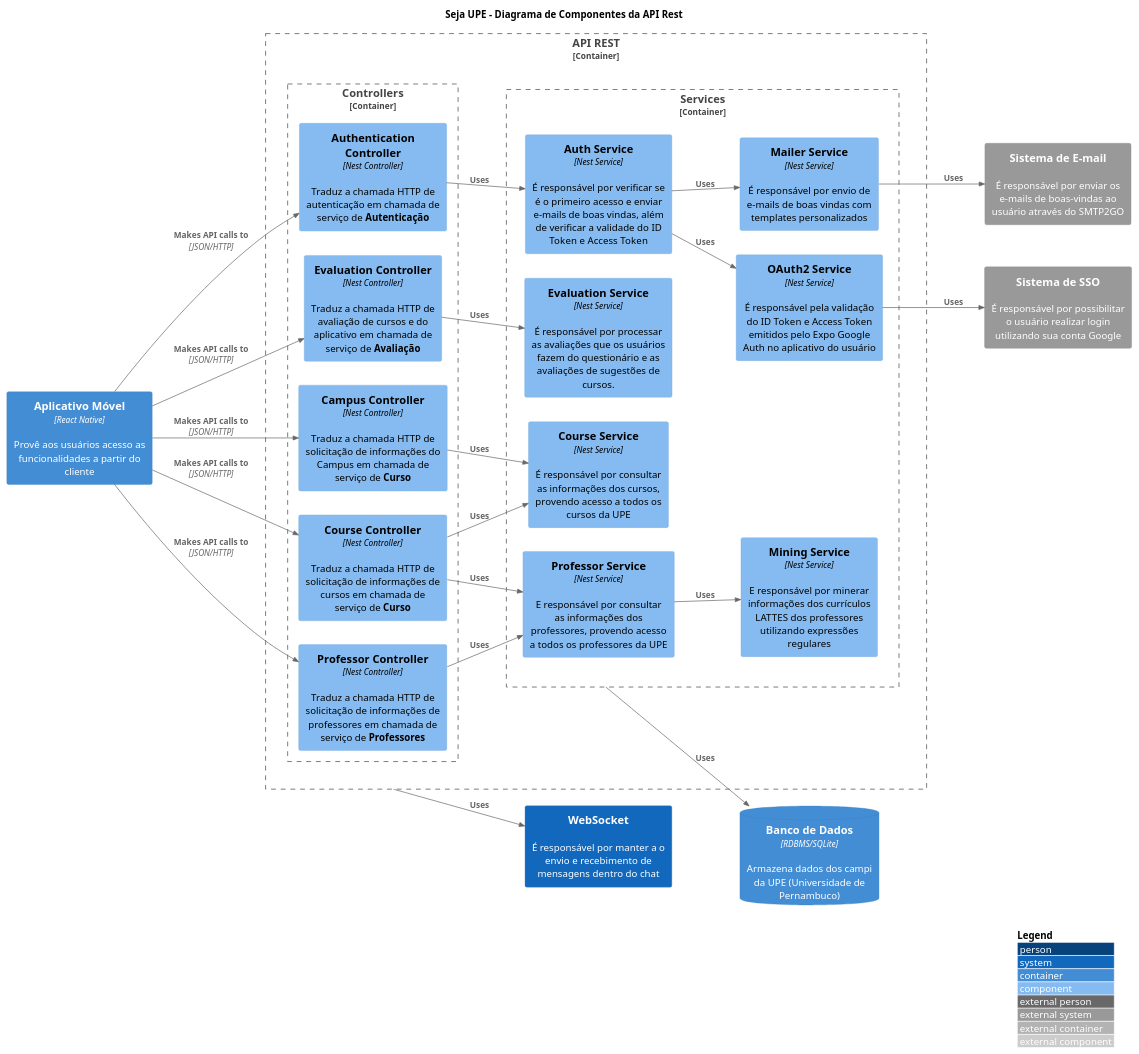
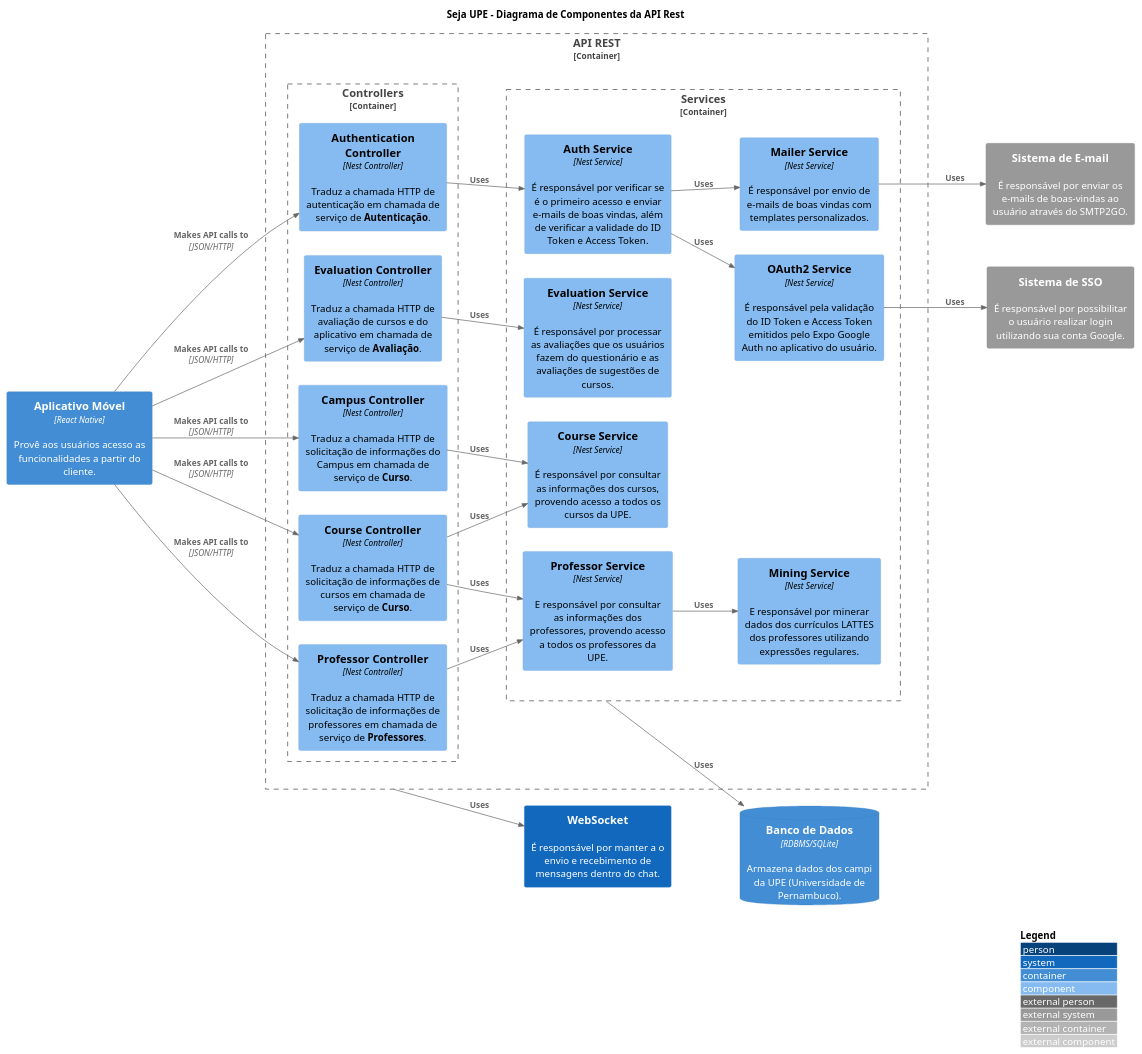
One commit to MurylloEx/Seja-UPE-Docs changed the diagram in src/C1. Visão Geral/C2. Sistema/C3. Endpoints RESTful (Server)/components.puml. Above: the diagram before and after it, drawn with PlantUML. The commit also changed 1 other file, not shown here.

```diff
--- a/src/C1. Visão Geral/C2. Sistema/C3. Endpoints RESTful (Server)/components.puml
+++ b/src/C1. Visão Geral/C2. Sistema/C3. Endpoints RESTful (Server)/components.puml
@@ -1,61 +1,61 @@
 @startuml "C3 Component Diagram"
 
 !include https://raw.githubusercontent.com/adrianvlupu/C4-PlantUML/latest/C4_Component.puml
 
 skinparam Style strictuml
 
 LAYOUT_LEFT_RIGHT()
 LAYOUT_WITH_LEGEND()
 
 title "Seja UPE - Diagrama de Componentes da API Rest"
 
-Container(MobileApp, "Aplicativo Móvel", "React Native", "Provê aos usuários acesso as funcionalidades a partir do cliente")
-ContainerDb(Database, "Banco de Dados", "RDBMS/SQLite", "Armazena dados dos campi da UPE (Universidade de Pernambuco)")
-System(SystemWebsocket, "WebSocket", "É responsável por manter a o envio e recebimento de mensagens dentro do chat")
-System_Ext(SystemEmail, "Sistema de E-mail", "É responsável por enviar os e-mails de boas-vindas ao usuário através do SMTP2GO")
-System_Ext(SystemOAuth2, "Sistema de SSO", "É responsável por possibilitar o usuário realizar login utilizando sua conta Google")
+Container(MobileApp, "Aplicativo Móvel", "React Native", "Provê aos usuários acesso as funcionalidades a partir do cliente.")
+ContainerDb(Database, "Banco de Dados", "RDBMS/SQLite", "Armazena dados dos campi da UPE (Universidade de Pernambuco).")
+System(SystemWebsocket, "WebSocket", "É responsável por manter a o envio e recebimento de mensagens dentro do chat.")
+System_Ext(SystemEmail, "Sistema de E-mail", "É responsável por enviar os e-mails de boas-vindas ao usuário através do SMTP2GO.")
+System_Ext(SystemOAuth2, "Sistema de SSO", "É responsável por possibilitar o usuário realizar login utilizando sua conta Google.")
 
 Container_Boundary(SystemApi, "API REST") {
 
   Container_Boundary(SystemControllers, "Controllers") {
-    Component(AuthController, "Authentication Controller", "Nest Controller", "Traduz a chamada HTTP de autenticação em chamada de serviço de <b>Autenticação</b>")
-    Component(CampusController, "Campus Controller", "Nest Controller", "Traduz a chamada HTTP de solicitação de informações do Campus em chamada de serviço de <b>Curso</b>")
-    Component(EvaluationController, "Evaluation Controller", "Nest Controller", "Traduz a chamada HTTP de avaliação de cursos e do aplicativo em chamada de serviço de <b>Avaliação</b>")
-    Component(CourseController, "Course Controller", "Nest Controller", "Traduz a chamada HTTP de solicitação de informações de cursos em chamada de serviço de <b>Curso</b>")
-    Component(ProfessorController, "Professor Controller", "Nest Controller", "Traduz a chamada HTTP de solicitação de informações de professores em chamada de serviço de <b>Professores</b>")
+    Component(AuthController, "Authentication Controller", "Nest Controller", "Traduz a chamada HTTP de autenticação em chamada de serviço de <b>Autenticação</b>.")
+    Component(CampusController, "Campus Controller", "Nest Controller", "Traduz a chamada HTTP de solicitação de informações do Campus em chamada de serviço de <b>Curso</b>.")
+    Component(EvaluationController, "Evaluation Controller", "Nest Controller", "Traduz a chamada HTTP de avaliação de cursos e do aplicativo em chamada de serviço de <b>Avaliação</b>.")
+    Component(CourseController, "Course Controller", "Nest Controller", "Traduz a chamada HTTP de solicitação de informações de cursos em chamada de serviço de <b>Curso</b>.")
+    Component(ProfessorController, "Professor Controller", "Nest Controller", "Traduz a chamada HTTP de solicitação de informações de professores em chamada de serviço de <b>Professores</b>.")
 
     Rel(MobileApp, AuthController, "Makes API calls to", "JSON/HTTP")
     Rel(MobileApp, CampusController, "Makes API calls to", "JSON/HTTP")
     Rel(MobileApp, EvaluationController, "Makes API calls to", "JSON/HTTP")
     Rel(MobileApp, CourseController, "Makes API calls to","JSON/HTTP")
     Rel(MobileApp, ProfessorController, "Makes API calls to","JSON/HTTP")
   }
 
   Container_Boundary(SystemServices, "Services") {
-    Component(AuthService, "Auth Service", "Nest Service", "É responsável por verificar se é o primeiro acesso e enviar e-mails de boas vindas, além de verificar a validade do ID Token e Access Token")
-    Component(MailerService, "Mailer Service", "Nest Service", "É responsável por envio de e-mails de boas vindas com templates personalizados")
-    Component(OAuth2Service, "OAuth2 Service", "Nest Service", "É responsável pela validação do ID Token e Access Token emitidos pelo Expo Google Auth no aplicativo do usuário")
+    Component(AuthService, "Auth Service", "Nest Service", "É responsável por verificar se é o primeiro acesso e enviar e-mails de boas vindas, além de verificar a validade do ID Token e Access Token.")
+    Component(MailerService, "Mailer Service", "Nest Service", "É responsável por envio de e-mails de boas vindas com templates personalizados.")
+    Component(OAuth2Service, "OAuth2 Service", "Nest Service", "É responsável pela validação do ID Token e Access Token emitidos pelo Expo Google Auth no aplicativo do usuário.")
     Component(EvaluationService, "Evaluation Service", "Nest Service", "É responsável por processar as avaliações que os usuários fazem do questionário e as avaliações de sugestões de cursos.")
-    Component(CourseService, "Course Service", "Nest Service", "É responsável por consultar as informações dos cursos, provendo acesso a todos os cursos da UPE")
-    Component(ProfessorService, "Professor Service", "Nest Service", "E responsável por consultar as informações dos professores, provendo acesso a todos os professores da UPE")
-    Component(MiningService, "Mining Service", "Nest Service", "E responsável por minerar informações dos currículos LATTES dos professores utilizando expressões regulares")
+    Component(CourseService, "Course Service", "Nest Service", "É responsável por consultar as informações dos cursos, provendo acesso a todos os cursos da UPE.")
+    Component(ProfessorService, "Professor Service", "Nest Service", "E responsável por consultar as informações dos professores, provendo acesso a todos os professores da UPE.")
+    Component(MiningService, "Mining Service", "Nest Service", "E responsável por minerar dados dos currículos LATTES dos professores utilizando expressões regulares.")
     
     Rel(AuthController, AuthService, "Uses")
     Rel(CampusController, CourseService, "Uses" )
     Rel(EvaluationController, EvaluationService, "Uses")
     Rel(CourseController, CourseService, "Uses")
     Rel(CourseController, ProfessorService, "Uses")
     Rel(ProfessorController, ProfessorService, "Uses")
     Rel(AuthService, MailerService, "Uses")
     Rel(AuthService, OAuth2Service, "Uses")
     Rel(ProfessorService, MiningService, "Uses")
   }
 
   Rel(MailerService, SystemEmail, "Uses")
   Rel(OAuth2Service, SystemOAuth2, "Uses")
   Rel(SystemApi, SystemWebsocket, "Uses")
   Rel(SystemServices, Database, "Uses")
 
 }
 
 @enduml
```
